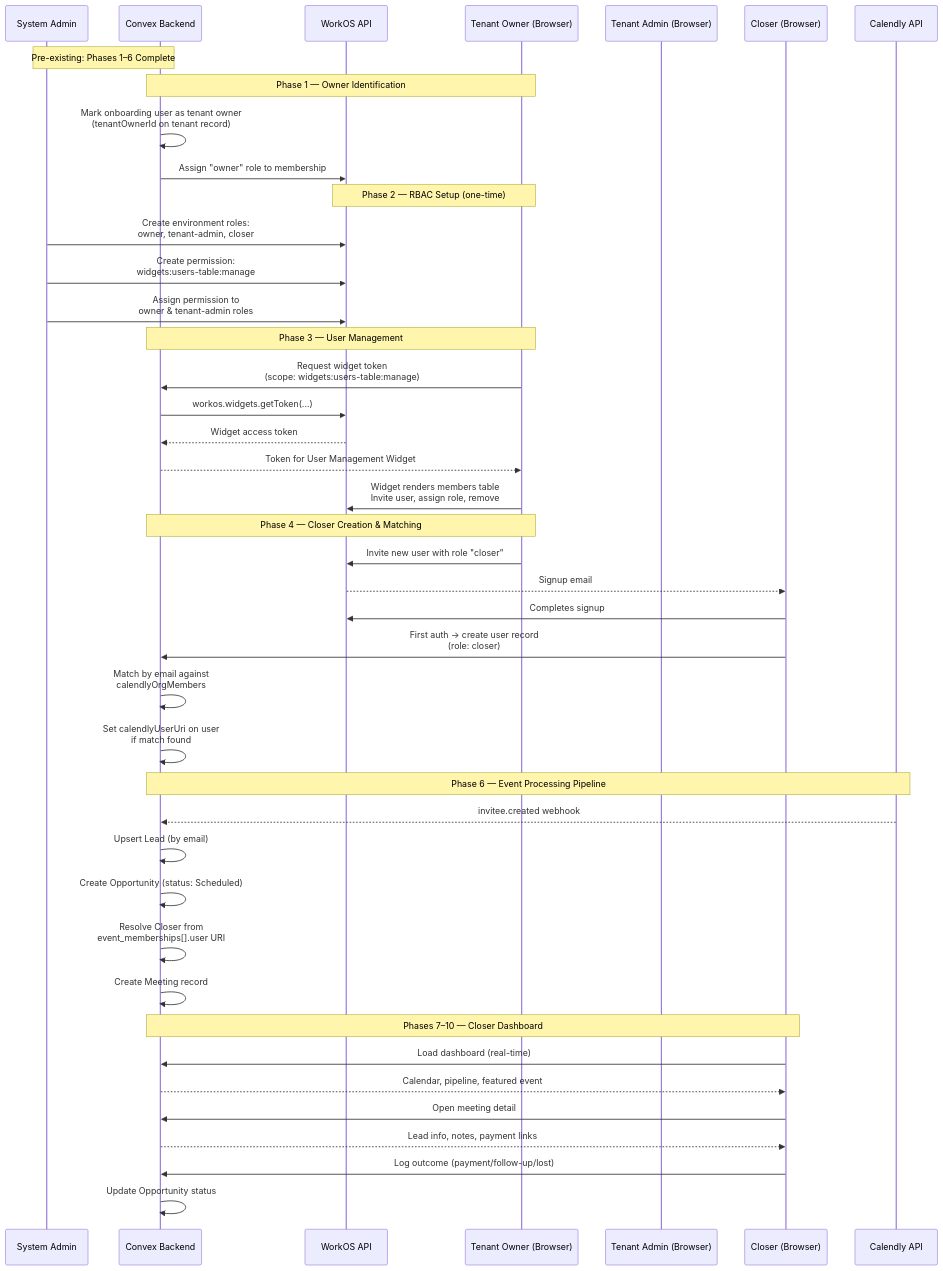
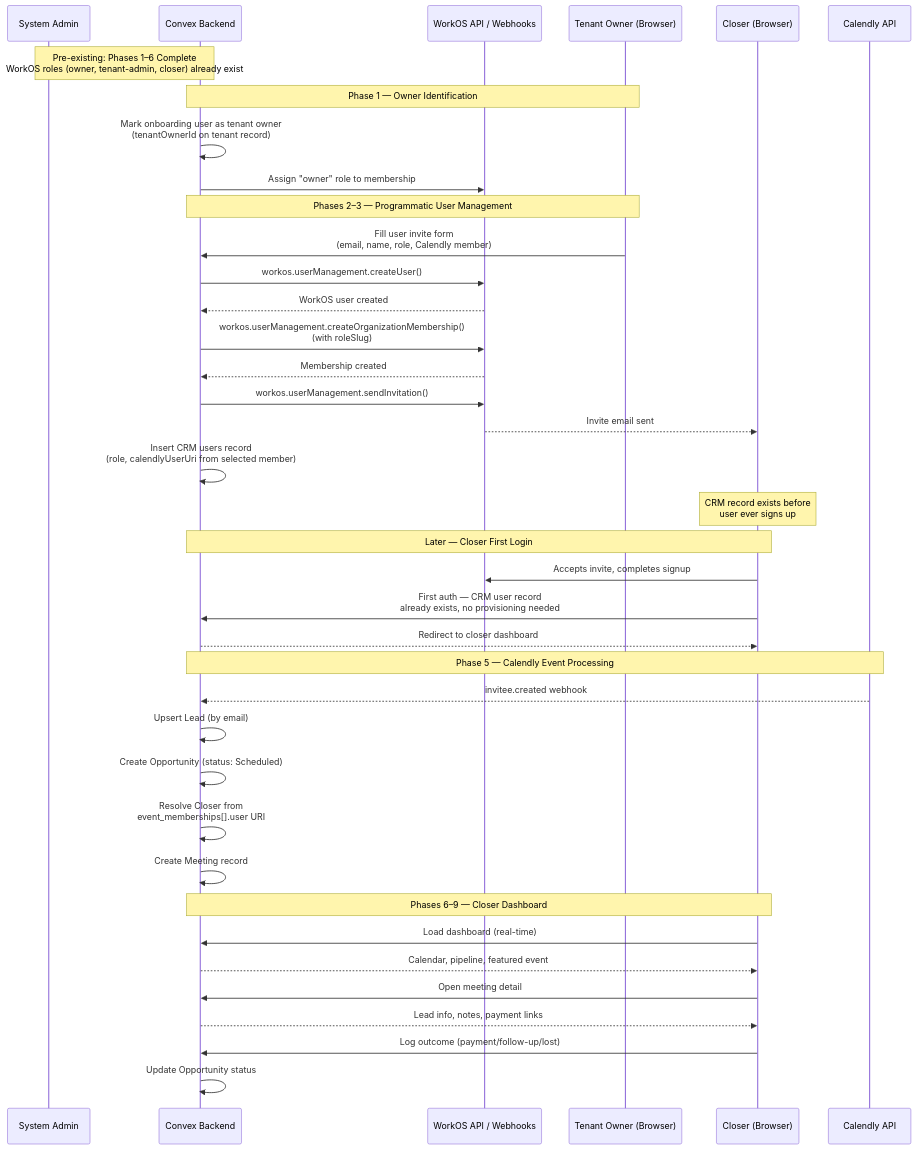
One commit to MagnusVA/magnus-crm changed the first of 12 diagrams in plans/closer-tenant-admin/closer-tenant-admin-design.md. Above: the diagram before and after it, drawn with Mermaid. The commit also changed other lines of this file and 149 other files, not shown here.

First line of the commit message:
Add workspace dashboard, closer, payments, and design system v2

````diff
--- a/plans/closer-tenant-admin/closer-tenant-admin-design.md
+++ b/plans/closer-tenant-admin/closer-tenant-admin-design.md
@@ -85,50 +90,46 @@
 ```mermaid
 sequenceDiagram
     participant SA as System Admin
     participant CVX as Convex Backend
-    participant WOS as WorkOS API
+    participant WOS as WorkOS API / Webhooks
     participant TO as Tenant Owner (Browser)
-    participant TA as Tenant Admin (Browser)
     participant CL as Closer (Browser)
     participant CAL as Calendly API
 
-    Note over SA,CVX: Pre-existing: Phases 1–6 Complete
+    Note over SA,CVX: Pre-existing: Phases 1–6 Complete<br/>WorkOS roles (owner, tenant-admin, closer) already exist
+
     Note over TO,CVX: Phase 1 — Owner Identification
     CVX->>CVX: Mark onboarding user as tenant owner<br/>(tenantOwnerId on tenant record)
     CVX->>WOS: Assign "owner" role to membership
 
-    Note over TO,WOS: Phase 2 — RBAC Setup (one-time)
-    SA->>WOS: Create environment roles:<br/>owner, tenant-admin, closer
-    SA->>WOS: Create permission:<br/>widgets:users-table:manage
-    SA->>WOS: Assign permission to<br/>owner & tenant-admin roles
+    Note over TO,CVX: Phases 2–3 — Programmatic User Management
+    TO->>CVX: Fill user invite form<br/>(email, name, role, Calendly member)
+    CVX->>WOS: workos.userManagement.createUser()
+    WOS-->>CVX: WorkOS user created
+    CVX->>WOS: workos.userManagement.createOrganizationMembership()<br/>(with roleSlug)
+    WOS-->>CVX: Membership created
+    CVX->>WOS: workos.userManagement.sendInvitation()
+    WOS-->>CL: Invite email sent
+    CVX->>CVX: Insert CRM users record<br/>(role, calendlyUserUri from selected member)
+    Note over CL: CRM record exists before<br/>user ever signs up
 
-    Note over TO,CVX: Phase 3 — User Management
-    TO->>CVX: Request widget token<br/>(scope: widgets:users-table:manage)
-    CVX->>WOS: workos.widgets.getToken(...)
-    WOS-->>CVX: Widget access token
-    CVX-->>TO: Token for User Management Widget
-    TO->>WOS: Widget renders members table<br/>Invite user, assign role, remove
+    Note over CL,CVX: Later — Closer First Login
+    CL->>WOS: Accepts invite, completes signup
+    CL->>CVX: First auth — CRM user record<br/>already exists, no provisioning needed
+    CVX-->>CL: Redirect to closer dashboard
 
-    Note over TO,CVX: Phase 4 — Closer Creation & Matching
-    TO->>WOS: Invite new user with role "closer"
-    WOS-->>CL: Signup email
-    CL->>WOS: Completes signup
-    CL->>CVX: First auth → create user record<br/>(role: closer)
-    CVX->>CVX: Match by email against<br/>calendlyOrgMembers
-    CVX->>CVX: Set calendlyUserUri on user<br/>if match found
-
-    Note over CVX,CAL: Phase 6 — Event Processing Pipeline
+    Note over CVX,CAL: Phase 5 — Calendly Event Processing
     CAL-->>CVX: invitee.created webhook
     CVX->>CVX: Upsert Lead (by email)
     CVX->>CVX: Create Opportunity (status: Scheduled)
     CVX->>CVX: Resolve Closer from<br/>event_memberships[].user URI
     CVX->>CVX: Create Meeting record
 
-    Note over CL,CVX: Phases 7–10 — Closer Dashboard
+    Note over CL,CVX: Phases 6–9 — Closer Dashboard
     CL->>CVX: Load dashboard (real-time)
     CVX-->>CL: Calendar, pipeline, featured event
     CL->>CVX: Open meeting detail
     CVX-->>CL: Lead info, notes, payment links
     CL->>CVX: Log outcome (payment/follow-up/lost)
     CVX->>CVX: Update Opportunity status
 ```
````
